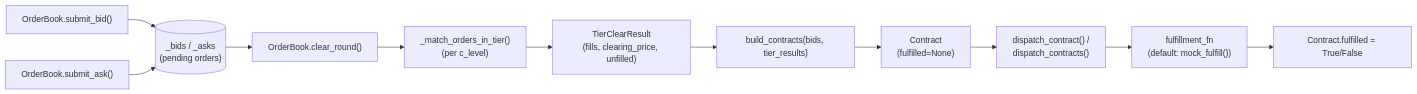
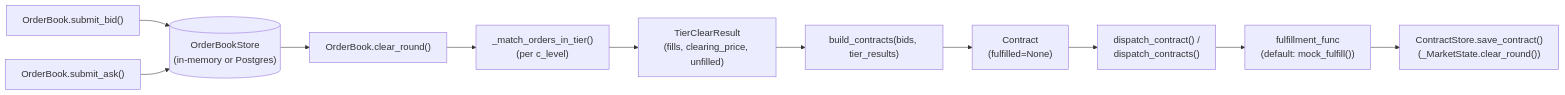
One commit to gpsaggese-org/umd_classes changed the third of 3 diagrams in research/Noesis/architecture.md. Above: the diagram before and after it, drawn with Mermaid. The commit also changed other lines of this file and 708 other files, not shown here.

````diff
--- a/research/Noesis/architecture.md
+++ b/research/Noesis/architecture.md
@@ -124,13 +214,14 @@
 ```mermaid
+%%{init: {"themeVariables": {"fontSize": "18px"}, "flowchart": {"nodeSpacing": 45, "rankSpacing": 55}}}%%
 flowchart LR
-    submit_bid["OrderBook.submit_bid()"] --> book[("_bids / _asks\n(pending orders)")]
-    submit_ask["OrderBook.submit_ask()"] --> book
-    book --> clear_round["OrderBook.clear_round()"]
-    clear_round --> match["_match_orders_in_tier()\n(per c_level)"]
-    match --> tier_result["TierClearResult\n(fills, clearing_price, unfilled)"]
+    submit_bid["OrderBook.submit_bid()"] --> store[("OrderBookStore<br/>(in-memory or Postgres)")]
+    submit_ask["OrderBook.submit_ask()"] --> store
+    store --> clear_round["OrderBook.clear_round()"]
+    clear_round --> match["_match_orders_in_tier()<br/>(per c_level)"]
+    match --> tier_result["TierClearResult<br/>(fills, clearing_price, unfilled)"]
     tier_result --> build["build_contracts(bids, tier_results)"]
-    build --> contract["Contract\n(fulfilled=None)"]
-    contract --> dispatch["dispatch_contract() /\ndispatch_contracts()"]
-    dispatch --> fulfill["fulfillment_fn\n(default: mock_fulfill())"]
-    fulfill --> logged["Contract.fulfilled = True/False"]
+    build --> contract["Contract<br/>(fulfilled=None)"]
+    contract --> dispatch["dispatch_contract() /<br/>dispatch_contracts()"]
+    dispatch --> fulfill["fulfillment_func<br/>(default: mock_fulfill())"]
+    fulfill --> save["ContractStore.save_contract()<br/>(_MarketState.clear_round())"]
 ```
````
